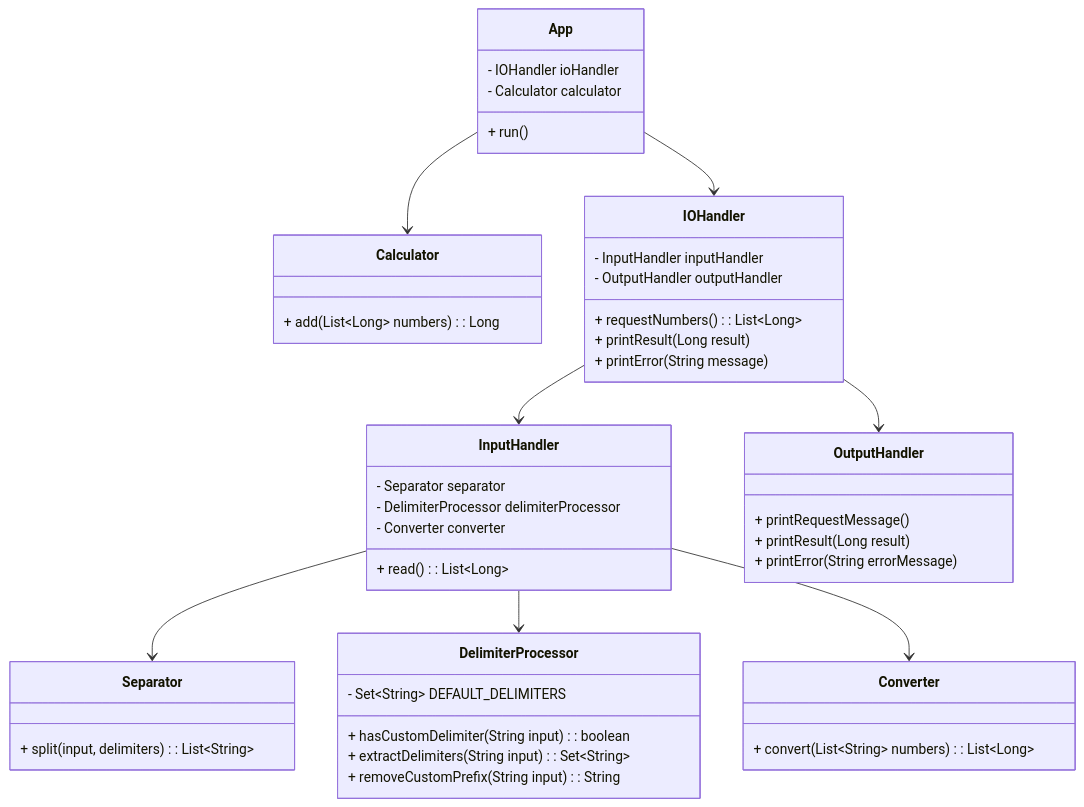
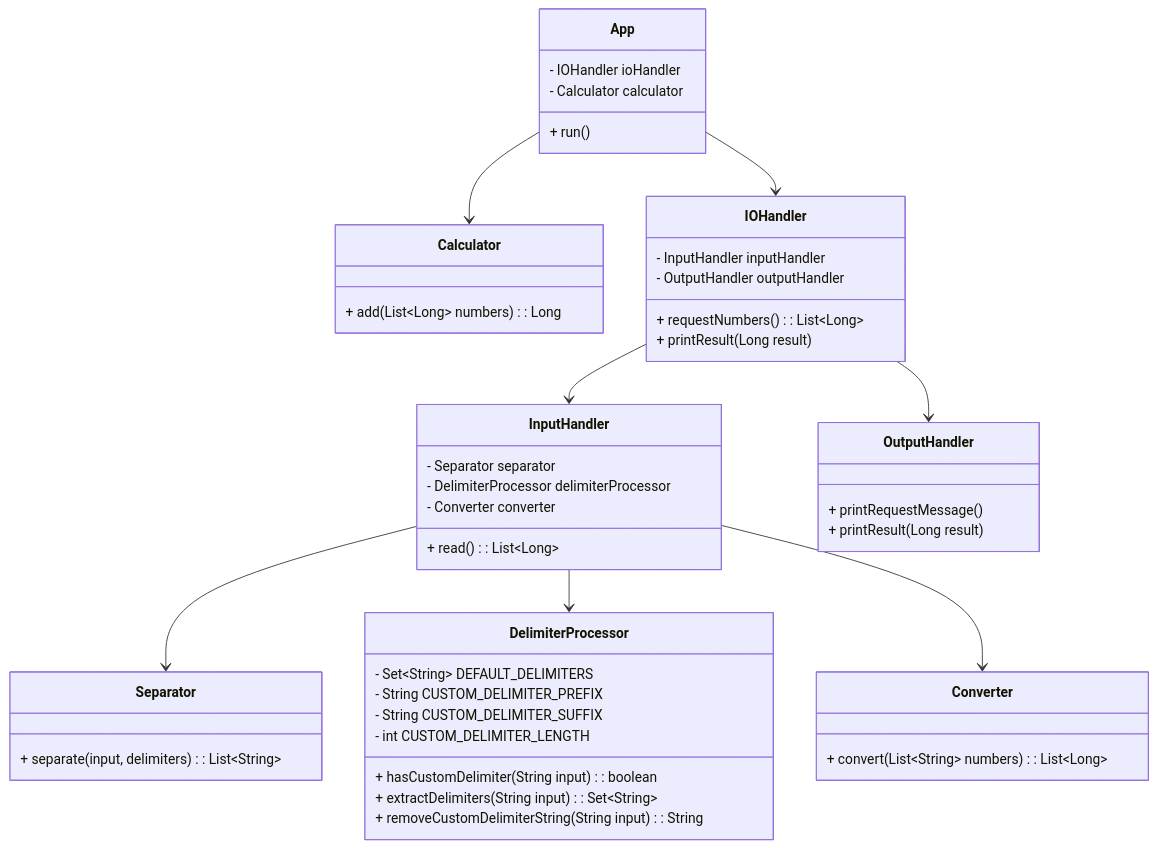
The second of 2 diagrams in README.md (hgh1472/java-calculator-8), drawn with Mermaid before and after one commit. The commit also changed other lines of this file, not shown here.

````diff
--- a/README.md
+++ b/README.md
@@ -171,57 +201,58 @@
 ```mermaid
 classDiagram
     class Calculator {
         + add(List&lt;Long> numbers): Long
     }
 
     class Separator {
-        + split(input, delimiters): List&lt;String>
+        + separate(input, delimiters): List&lt;String>
     }
 
     class DelimiterProcessor {
         - Set&lt;String> DEFAULT_DELIMITERS
+        - String CUSTOM_DELIMITER_PREFIX
+        - String CUSTOM_DELIMITER_SUFFIX
+        - int CUSTOM_DELIMITER_LENGTH
         + hasCustomDelimiter(String input): boolean
         + extractDelimiters(String input): Set&lt;String>
-        + removeCustomPrefix(String input): String
+        + removeCustomDelimiterString(String input): String
     }
 
     class Converter {
         + convert(List&lt;String> numbers): List&lt;Long>
     }
 
     class InputHandler {
         - Separator separator
         - DelimiterProcessor delimiterProcessor
         - Converter converter
         + read(): List&lt;Long>
     }
 
     class OutputHandler {
         + printRequestMessage()
         + printResult(Long result)
-        + printError(String errorMessage)
     }
 
     class IOHandler {
         - InputHandler inputHandler
         - OutputHandler outputHandler
         + requestNumbers(): List&lt;Long>
         + printResult(Long result)
-        + printError(String message)
     }
 
     class App {
         - IOHandler ioHandler
         - Calculator calculator
         + run()
     }
 
     IOHandler --> InputHandler
     InputHandler --> Separator
     InputHandler --> DelimiterProcessor
     InputHandler --> Converter
     IOHandler --> OutputHandler
     App --> IOHandler
     App --> Calculator
 
 ```
````
